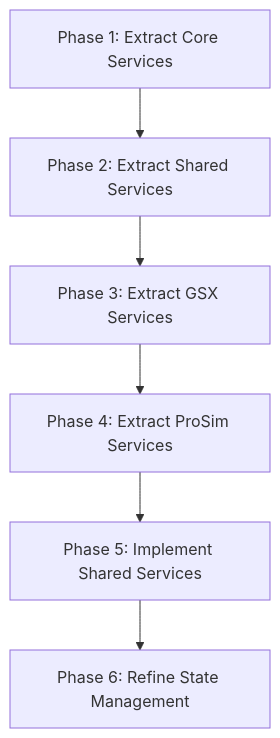
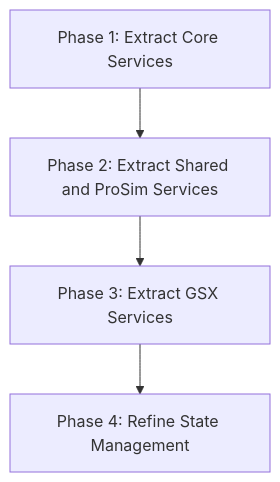
One commit to psyraxaus/Prosim2GSX changed the diagram in to-do/modularization-strategy.md. Above: the diagram before and after it, drawn with Mermaid. The commit also changed other lines of this file, not shown here.

````diff
--- a/to-do/modularization-strategy.md
+++ b/to-do/modularization-strategy.md
@@ -17,8 +17,6 @@
 ```mermaid
 flowchart TD
-    A[Phase 1: Extract Core Services] --> B[Phase 2: Extract Shared Services]
+    A[Phase 1: Extract Core Services] --> B[Phase 2: Extract Shared and ProSim Services]
     B --> C[Phase 3: Extract GSX Services]
-    C --> D[Phase 4: Extract ProSim Services]
-    D --> E[Phase 5: Implement Shared Services]
-    E --> F[Phase 6: Refine State Management]
+    C --> D[Phase 4: Refine State Management]
 ```
````
